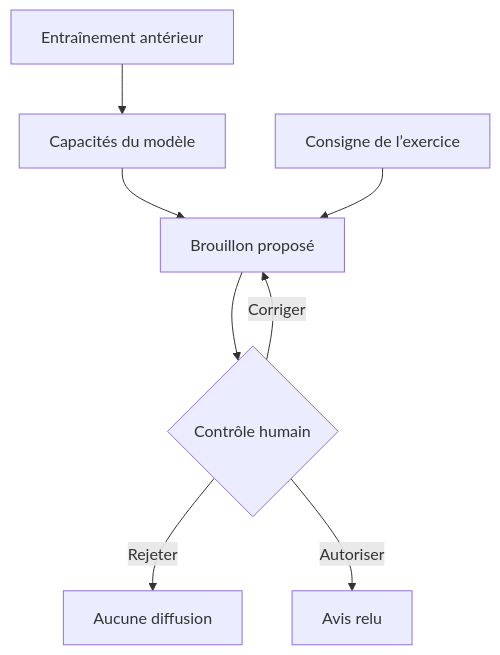
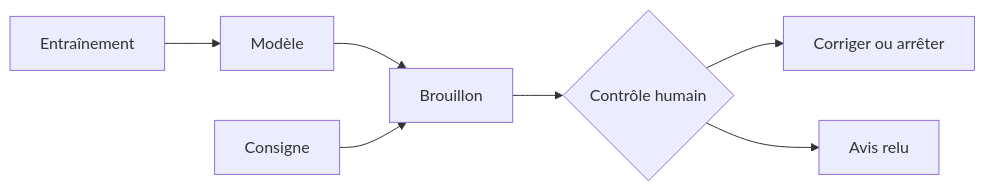
One commit to Ange230700/ibm-ai-foundations-for-everyone-notes changed the diagram in teaching/visuals/s02/fr/model-workflow.mmd. Above: the diagram before and after it, drawn with Mermaid. The commit also changed 54 other files, not shown here.

Commit message:
fix(presentations): improve teaching diagram legibility

```diff
--- a/teaching/visuals/s02/fr/model-workflow.mmd
+++ b/teaching/visuals/s02/fr/model-workflow.mmd
@@ -1,8 +1,7 @@
-flowchart TB
- A["Entraînement antérieur"] --> B["Capacités du modèle"]
- B --> C["Brouillon proposé"]
- D["Consigne de l’exercice"] --> C
+flowchart LR
+ A["Entraînement"] --> B["Modèle"]
+ B --> C["Brouillon"]
+ D["Consigne"] --> C
  C --> E{"Contrôle humain"}
- E -->|Corriger| C
- E -->|Rejeter| F["Aucune diffusion"]
- E -->|Autoriser| G["Avis relu"]
+ E --> F["Corriger ou arrêter"]
+ E --> G["Avis relu"]
```
